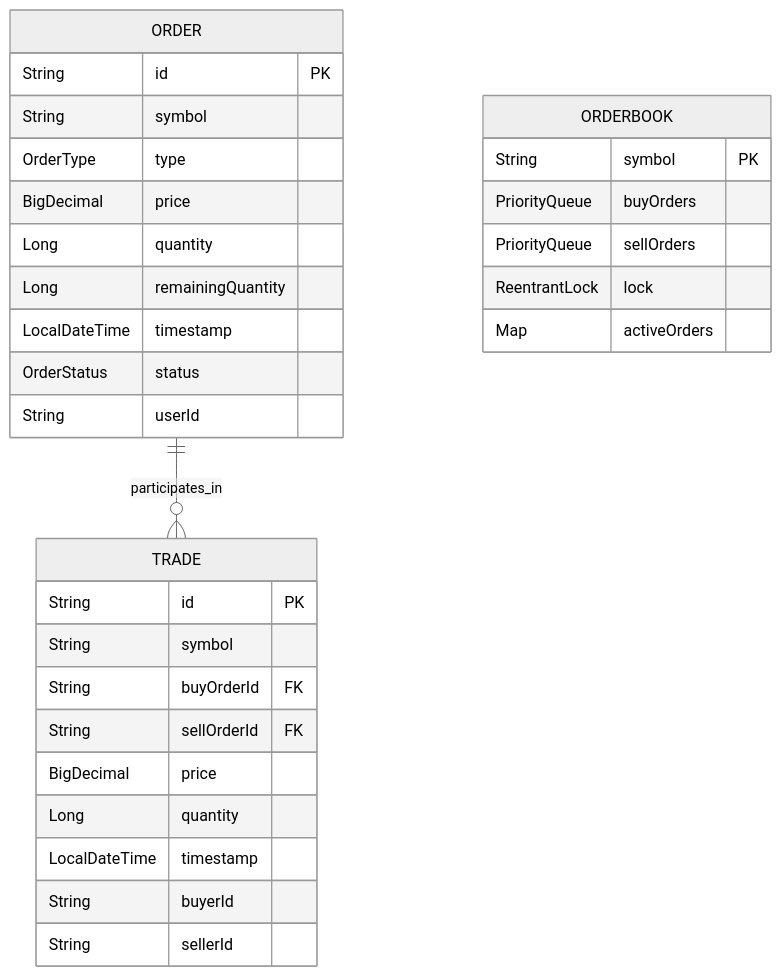
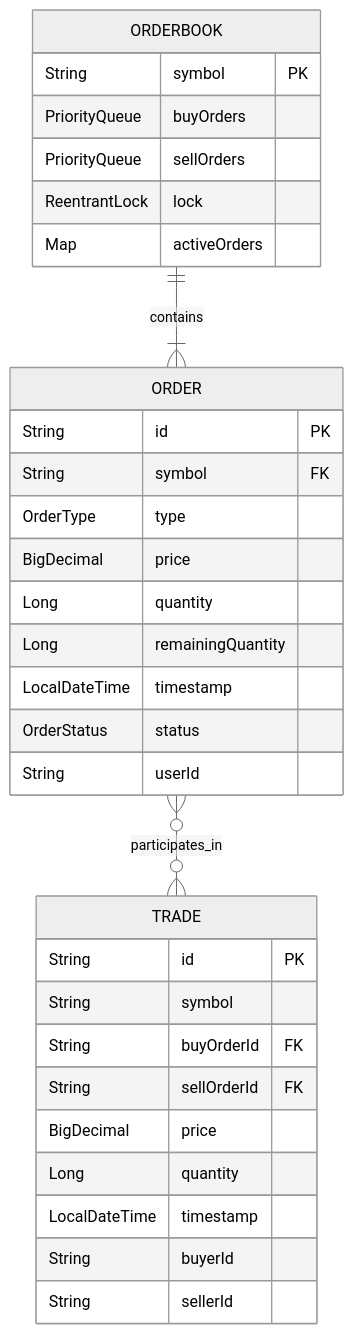
One commit to parthibCsaha/Real-Time-Stock-Matching-Engine changed the second of 3 diagrams in README.md. Above: the diagram before and after it, drawn with Mermaid (neutral theme).

````diff
--- a/README.md
+++ b/README.md
@@ -98,35 +98,37 @@
 ```mermaid
 erDiagram
-    ORDER ||--o{ TRADE : "participates_in"
+    ORDERBOOK ||--|{ ORDER : "contains"
+    ORDER }o--o{ TRADE : "participates_in"
+    
+    ORDERBOOK {
+        String symbol PK
+        PriorityQueue buyOrders
+        PriorityQueue sellOrders
+        ReentrantLock lock
+        Map activeOrders
+    }
+    
     ORDER {
         String id PK
-        String symbol
+        String symbol FK
         OrderType type
         BigDecimal price
         Long quantity
         Long remainingQuantity
         LocalDateTime timestamp
         OrderStatus status
         String userId
     }
     
     TRADE {
         String id PK
         String symbol
         String buyOrderId FK
         String sellOrderId FK
         BigDecimal price
         Long quantity
         LocalDateTime timestamp
         String buyerId
         String sellerId
     }
-    
-    ORDERBOOK {
-        String symbol PK
-        PriorityQueue buyOrders
-        PriorityQueue sellOrders
-        ReentrantLock lock
-        Map activeOrders
-    }
 ```
````
